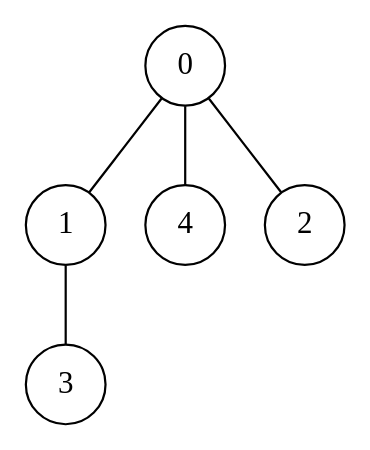
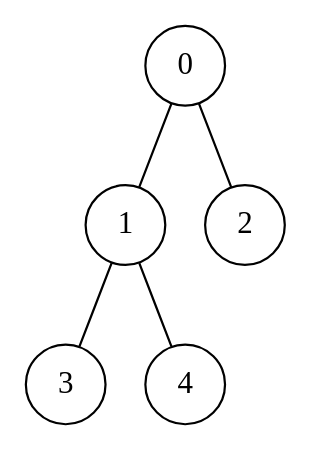
The diagram in content/chapter-07-graph-traversal/01-dfs-and-bfs.md (AzenAnn/DSA-Mastery), drawn with Graphviz before and after one commit. The commit also changed other lines of this file and 6 other files, not shown here.

Commit message:
fix(ch07): 修正7.1审计问题：示例图边、DFS树高、边分类限定、搜索索引排除

````diff
--- a/content/chapter-07-graph-traversal/01-dfs-and-bfs.md
+++ b/content/chapter-07-graph-traversal/01-dfs-and-bfs.md
@@ -40,10 +40,10 @@
 ```graphviz
 graph TraversalExample {
   rankdir=TB;
   node [shape=circle];
   1 -- 3;
   0 -- 1;
-  0 -- 4;
+  1 -- 4;
   0 -- 2;
 }
 ```
````
